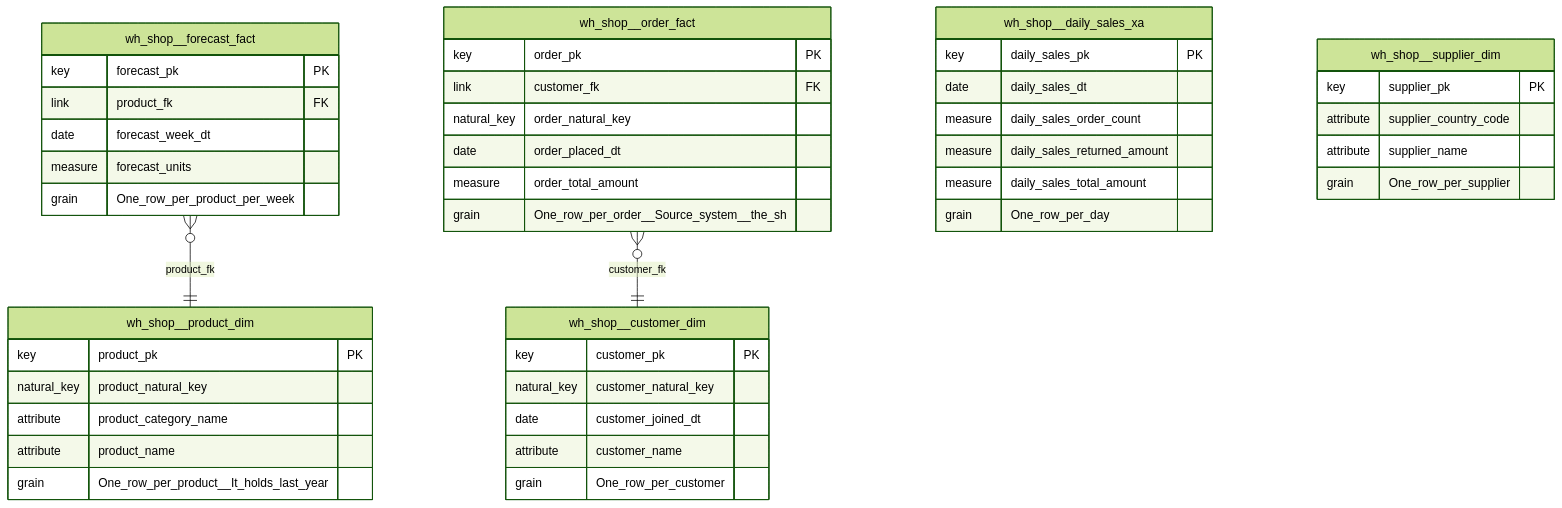
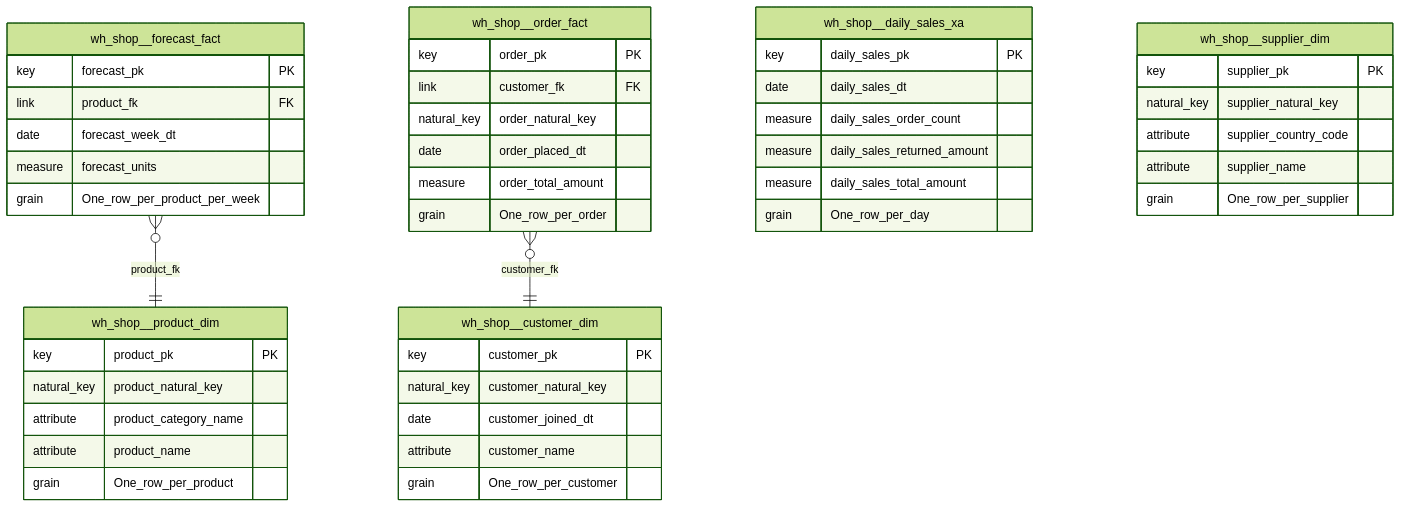
Before and after one commit to sav-sus/Hunter: the second of 3 diagrams in docs/example/data-model.md, drawn with Mermaid (forest theme). The commit also changed 172 other files, not shown here.

````diff
--- a/docs/example/data-model.md
+++ b/docs/example/data-model.md
@@ -38,48 +38,49 @@
 ```mermaid
 erDiagram
   wh_shop__forecast_fact }o--|| wh_shop__product_dim : "product_fk"
   wh_shop__order_fact }o--|| wh_shop__customer_dim : "customer_fk"
   wh_shop__customer_dim {
     key customer_pk PK
     natural_key customer_natural_key
     date customer_joined_dt
     attribute customer_name
     grain One_row_per_customer
   }
   wh_shop__daily_sales_xa {
     key daily_sales_pk PK
     date daily_sales_dt
     measure daily_sales_order_count
     measure daily_sales_returned_amount
     measure daily_sales_total_amount
     grain One_row_per_day
   }
   wh_shop__forecast_fact {
     key forecast_pk PK
     link product_fk FK
     date forecast_week_dt
     measure forecast_units
     grain One_row_per_product_per_week
   }
   wh_shop__order_fact {
     key order_pk PK
     link customer_fk FK
     natural_key order_natural_key
     date order_placed_dt
     measure order_total_amount
-    grain One_row_per_order__Source_system__the_sh
+    grain One_row_per_order
   }
   wh_shop__product_dim {
     key product_pk PK
     natural_key product_natural_key
     attribute product_category_name
     attribute product_name
-    grain One_row_per_product__It_holds_last_year
+    grain One_row_per_product
   }
   wh_shop__supplier_dim {
     key supplier_pk PK
+    natural_key supplier_natural_key
     attribute supplier_country_code
     attribute supplier_name
     grain One_row_per_supplier
   }
 ```
````
